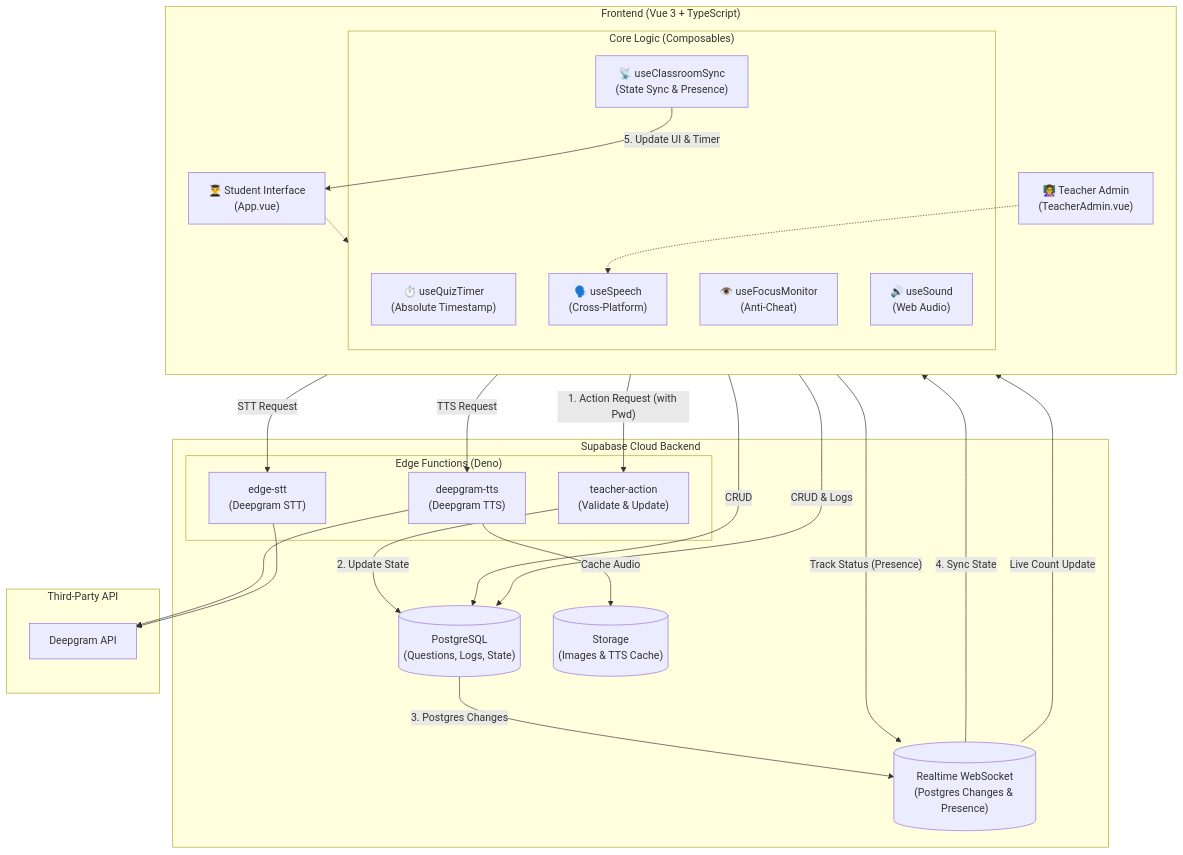
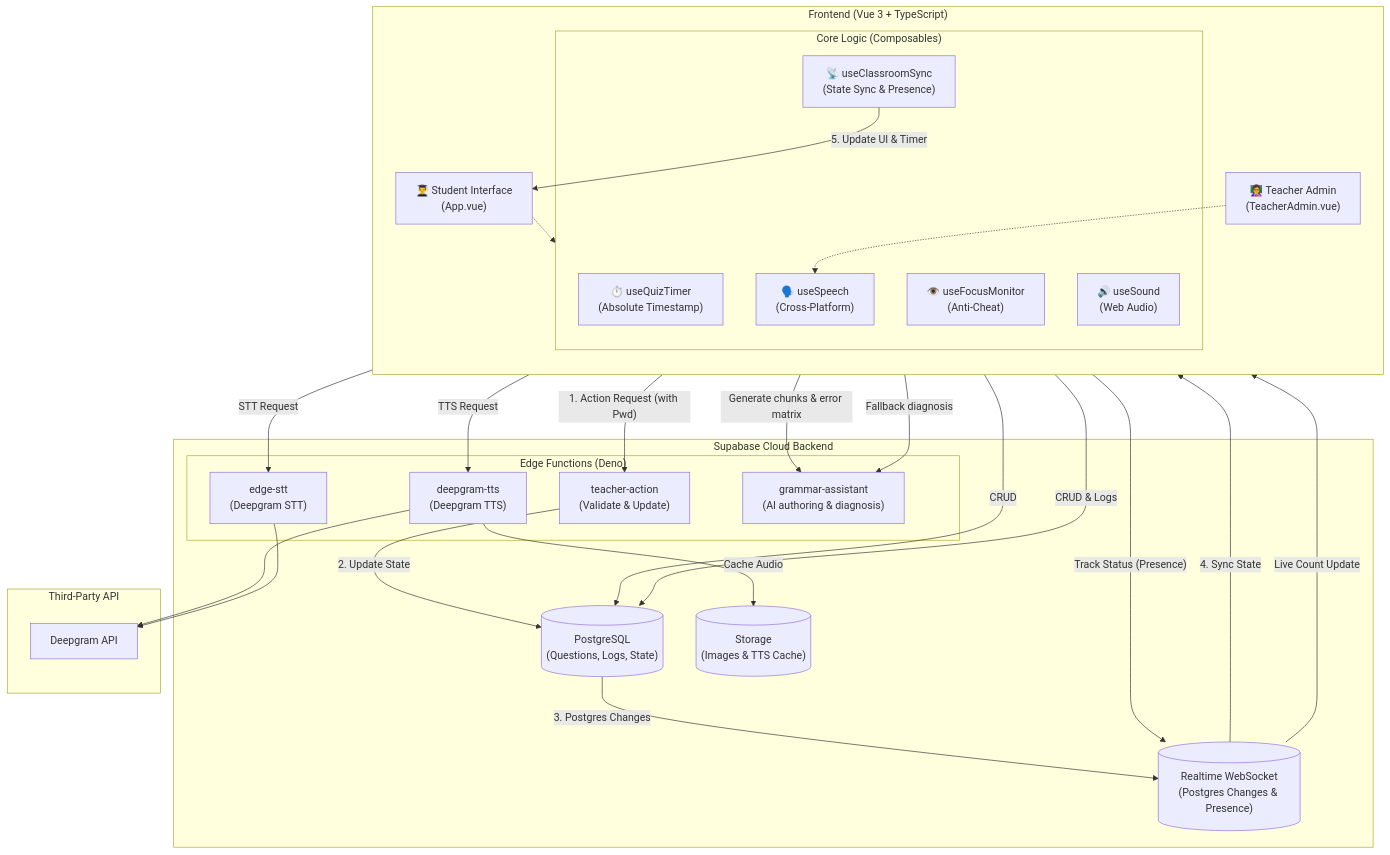
The second of 3 diagrams in README.md (ylin3-learner/SyntaxHunt), drawn with Mermaid before and after one commit. The commit also changed other lines of this file and 1 other file, not shown here.

Commit message:
docs: update grammar engine README descriptions

````diff
--- a/README.md
+++ b/README.md
@@ -72,57 +73,60 @@
 ```mermaid
 graph TD
     subgraph Client ["Frontend (Vue 3 + TypeScript)"]
         direction TB
         AdminUI["👩‍🏫 Teacher Admin<br>(TeacherAdmin.vue)"]
         StudentUI["👨‍🎓 Student Interface<br>(App.vue)"]
         
         subgraph Composables ["Core Logic (Composables)"]
             Timer["⏱️ useQuizTimer<br>(Absolute Timestamp)"]
             Focus["👁️ useFocusMonitor<br>(Anti-Cheat)"]
             Sound["🔊 useSound<br>(Web Audio)"]
             Speech["🗣️ useSpeech<br>(Cross-Platform)"]
             Sync["📡 useClassroomSync<br>(State Sync & Presence)"]
         end
     end
 
     subgraph Supabase ["Supabase Cloud Backend"]
         DB[("PostgreSQL<br>(Questions, Logs, State)")]
         Realtime[("Realtime WebSocket<br>(Postgres Changes & Presence)")]
         Storage[("Storage<br>(Images & TTS Cache)")]
         
         subgraph EdgeFunctions ["Edge Functions (Deno)"]
             Action_Proxy["teacher-action<br>(Validate & Update)"]
             TTS_Proxy["deepgram-tts<br>(Deepgram TTS)"]
             STT_Proxy["edge-stt<br>(Deepgram STT)"]
+            Grammar_Proxy["grammar-assistant<br>(AI authoring & diagnosis)"]
         end
     end
 
     subgraph ThirdParty ["Third-Party API"]
         Deepgram["Deepgram API"]
     end
 
     %% Data Flow
     AdminUI -- "1. Action Request (with Pwd)" --> Action_Proxy
     Action_Proxy -- "2. Update State" --> DB
     DB -- "3. Postgres Changes" --> Realtime
     Realtime -- "4. Sync State" --> Sync
     Sync -- "5. Update UI & Timer" --> StudentUI
     
     %% Presence Flow
     StudentUI -- "Track Status (Presence)" --> Realtime
     Realtime -- "Live Count Update" --> AdminUI
     
     AdminUI -- "CRUD" --> DB
     StudentUI -- "CRUD & Logs" --> DB
     
     StudentUI -- "TTS Request" --> TTS_Proxy
     TTS_Proxy --> Deepgram
     TTS_Proxy -- "Cache Audio" --> Storage
     
     StudentUI -- "STT Request" --> STT_Proxy
     STT_Proxy --> Deepgram
+    AdminUI -- "Generate chunks & error matrix" --> Grammar_Proxy
+    StudentUI -- "Fallback diagnosis" --> Grammar_Proxy
 
     %% Logic Dependencies
     StudentUI -.-> Composables
     AdminUI -.-> Speech
 ```
````
